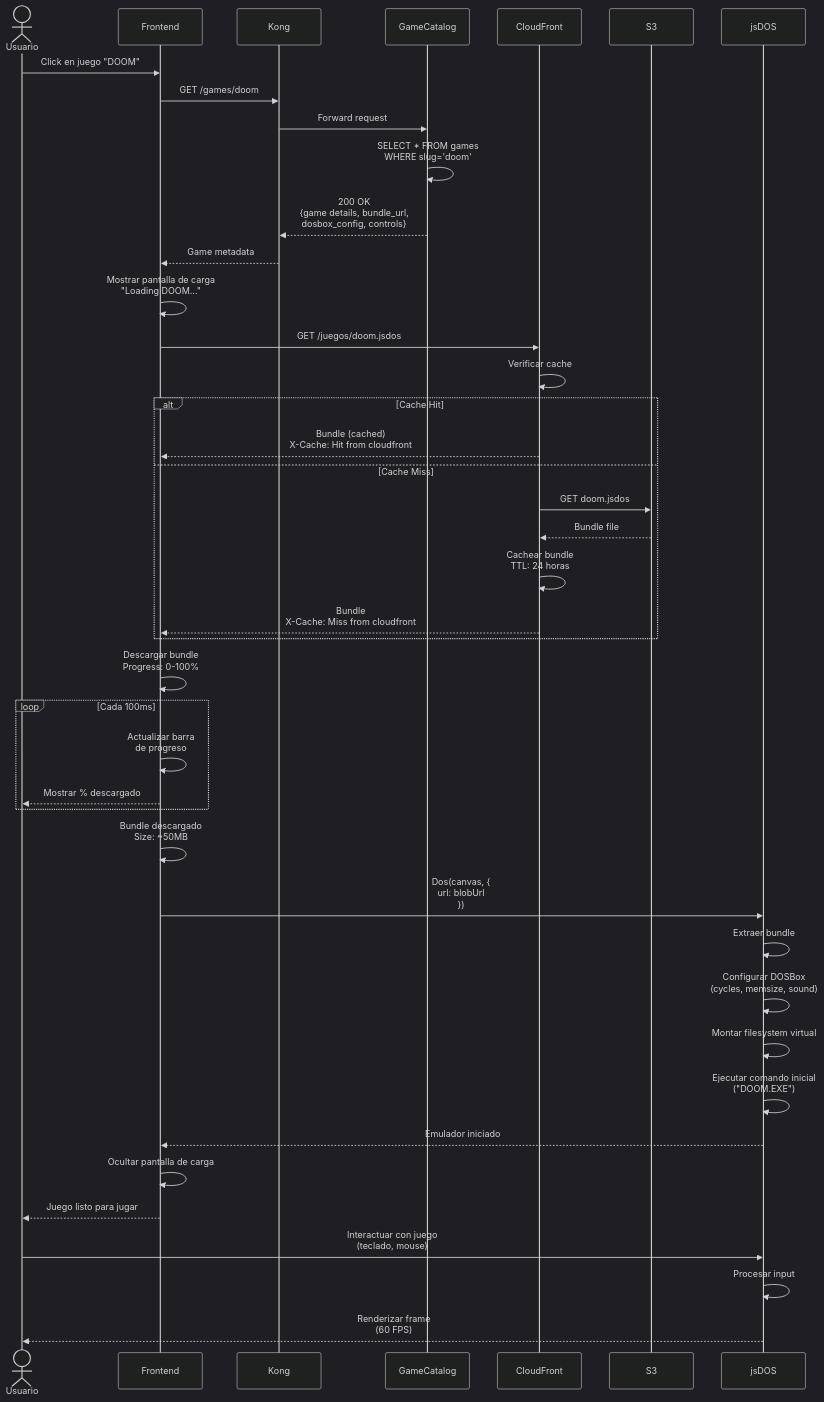
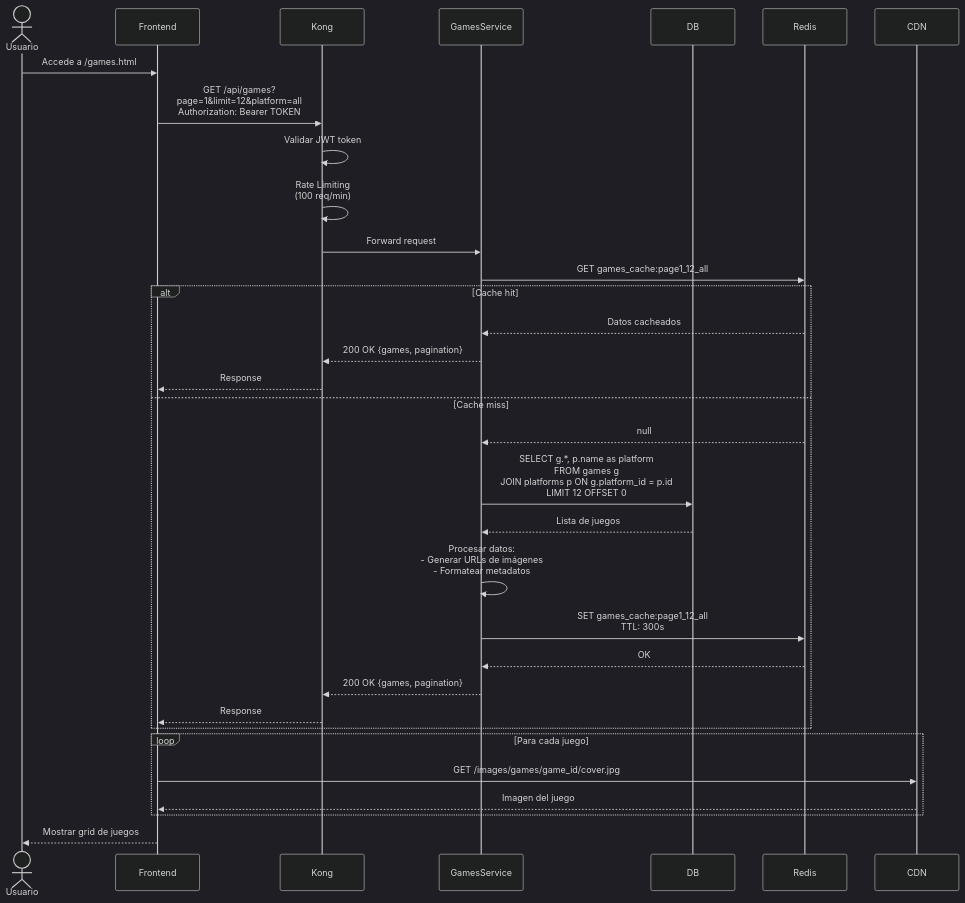
One commit to retrogamecloud/docs changed the fifth of 8 diagrams in sequence-diagrams.mdx. Above: the diagram before and after it, drawn with Mermaid (dark theme). The commit also changed other lines of this file and 40 other files, not shown here.

````diff
--- a/sequence-diagrams.mdx
+++ b/sequence-diagrams.mdx
@@ -173,61 +229,47 @@
 ```mermaid
 sequenceDiagram
     actor Usuario
     participant Frontend
     participant Kong
-    participant GameCatalog
-    participant CloudFront
-    participant S3
-    participant jsDOS
+    participant GamesService
+    participant DB
+    participant Redis
+    participant CDN
 
-    Usuario->>Frontend: Click en juego "DOOM"
+    Usuario->>Frontend: Accede a /games.html
+    Frontend->>Kong: GET /api/games?<br/>page=1&limit=12&platform=all<br/>Authorization: Bearer TOKEN
 
-    Frontend->>Kong: GET /games/doom
-    Kong->>GameCatalog: Forward request
+    Kong->>Kong: Validar JWT token
+    Kong->>Kong: Rate Limiting<br/>(100 req/min)
 
-    GameCatalog->>GameCatalog: SELECT * FROM games<br/>WHERE slug='doom'
+    Kong->>GamesService: Forward request
 
-    GameCatalog-->>Kong: 200 OK<br/>{game details, bundle_url,<br/>dosbox_config, controls}
-    Kong-->>Frontend: Game metadata
+    GamesService->>Redis: GET games_cache:page1_12_all
+    
+    alt Cache hit
+        Redis-->>GamesService: Datos cacheados
+        GamesService-->>Kong: 200 OK {games, pagination}
+        Kong-->>Frontend: Response
+    else Cache miss
+        Redis-->>GamesService: null
 
-    Frontend->>Frontend: Mostrar pantalla de carga<br/>"Loading DOOM..."
+        GamesService->>DB: SELECT g.*, p.name as platform<br/>FROM games g<br/>JOIN platforms p ON g.platform_id = p.id<br/>LIMIT 12 OFFSET 0
 
-    Frontend->>CloudFront: GET /juegos/doom.jsdos
+        DB-->>GamesService: Lista de juegos
 
-    CloudFront->>CloudFront: Verificar cache
+        GamesService->>GamesService: Procesar datos:<br/>- Generar URLs de imágenes<br/>- Formatear metadatos
 
-    alt Cache Hit
-        CloudFront-->>Frontend: Bundle (cached)<br/>X-Cache: Hit from cloudfront
-    else Cache Miss
-        CloudFront->>S3: GET doom.jsdos
-        S3-->>CloudFront: Bundle file
-        CloudFront->>CloudFront: Cachear bundle<br/>TTL: 24 horas
-        CloudFront-->>Frontend: Bundle<br/>X-Cache: Miss from cloudfront
+        GamesService->>Redis: SET games_cache:page1_12_all<br/>TTL: 300s
+        Redis-->>GamesService: OK
+
+        GamesService-->>Kong: 200 OK {games, pagination}
+        Kong-->>Frontend: Response
     end
 
-    Frontend->>Frontend: Descargar bundle<br/>Progress: 0-100%
-
-    loop Cada 100ms
-        Frontend->>Frontend: Actualizar barra<br/>de progreso
-        Frontend-->>Usuario: Mostrar % descargado
+    loop Para cada juego
+        Frontend->>CDN: GET /images/games/game_id/cover.jpg
+        CDN-->>Frontend: Imagen del juego
     end
 
-    Frontend->>Frontend: Bundle descargado<br/>Size: ~50MB
-
-    Frontend->>jsDOS: Dos(canvas, {<br/>  url: blobUrl<br/>})
-
-    jsDOS->>jsDOS: Extraer bundle
-    jsDOS->>jsDOS: Configurar DOSBox<br/>(cycles, memsize, sound)
-    jsDOS->>jsDOS: Montar filesystem virtual
-    jsDOS->>jsDOS: Ejecutar comando inicial<br/>("DOOM.EXE")
-
-    jsDOS-->>Frontend: Emulador iniciado
-
-    Frontend->>Frontend: Ocultar pantalla de carga
-    Frontend-->>Usuario: Juego listo para jugar
-
-    Usuario->>jsDOS: Interactuar con juego<br/>(teclado, mouse)
-    jsDOS->>jsDOS: Procesar input
-    jsDOS-->>Usuario: Renderizar frame<br/>(60 FPS)
-
+    Frontend-->>Usuario: Mostrar grid de juegos
 ```
````
